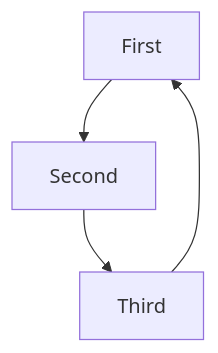
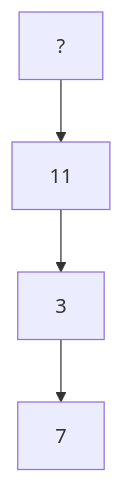
Before and after one commit to Amiyahvbest/Guessing.md: the diagram in Guessing.md, drawn with Mermaid.

Commit message:
Guessing.md

````diff
--- a/Guessing.md
+++ b/Guessing.md
@@ -1,6 +1,6 @@
 ```mermaid
 flowchart TD;
-First-->Second
-Second-->Third
-Third-->First
+3-->7
+?-->11
+11-->3
 ```
````
